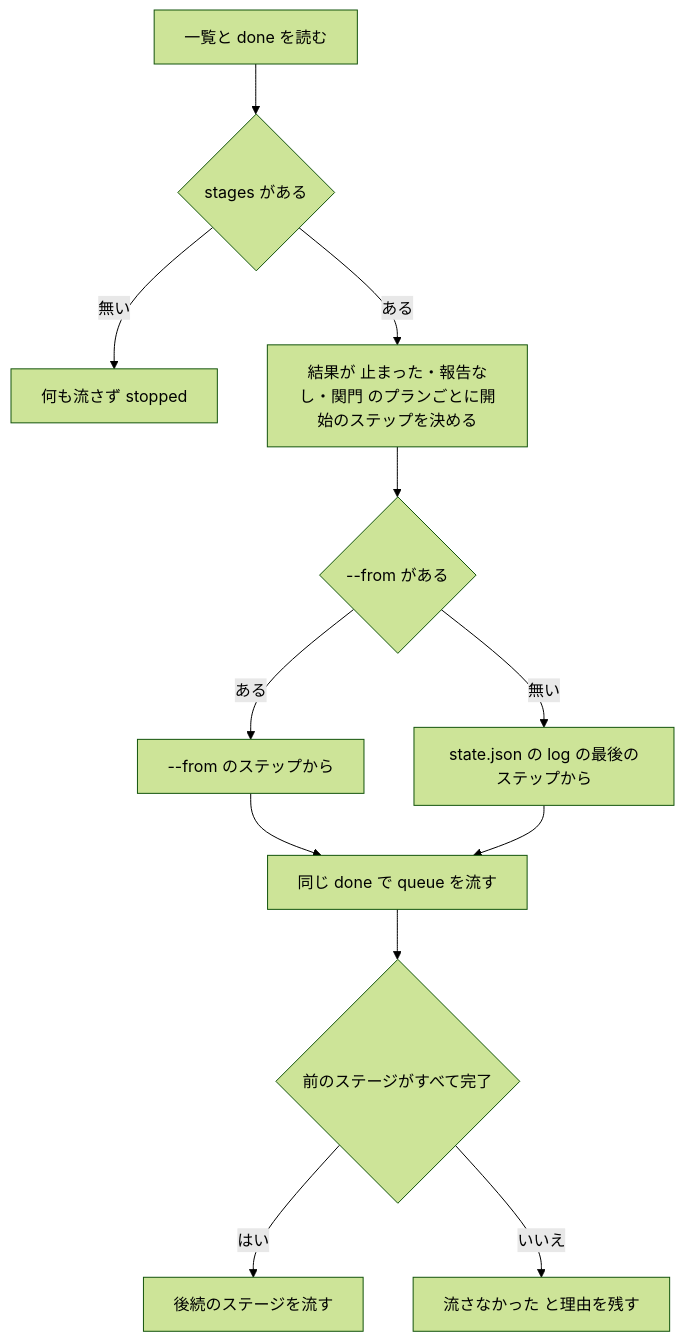
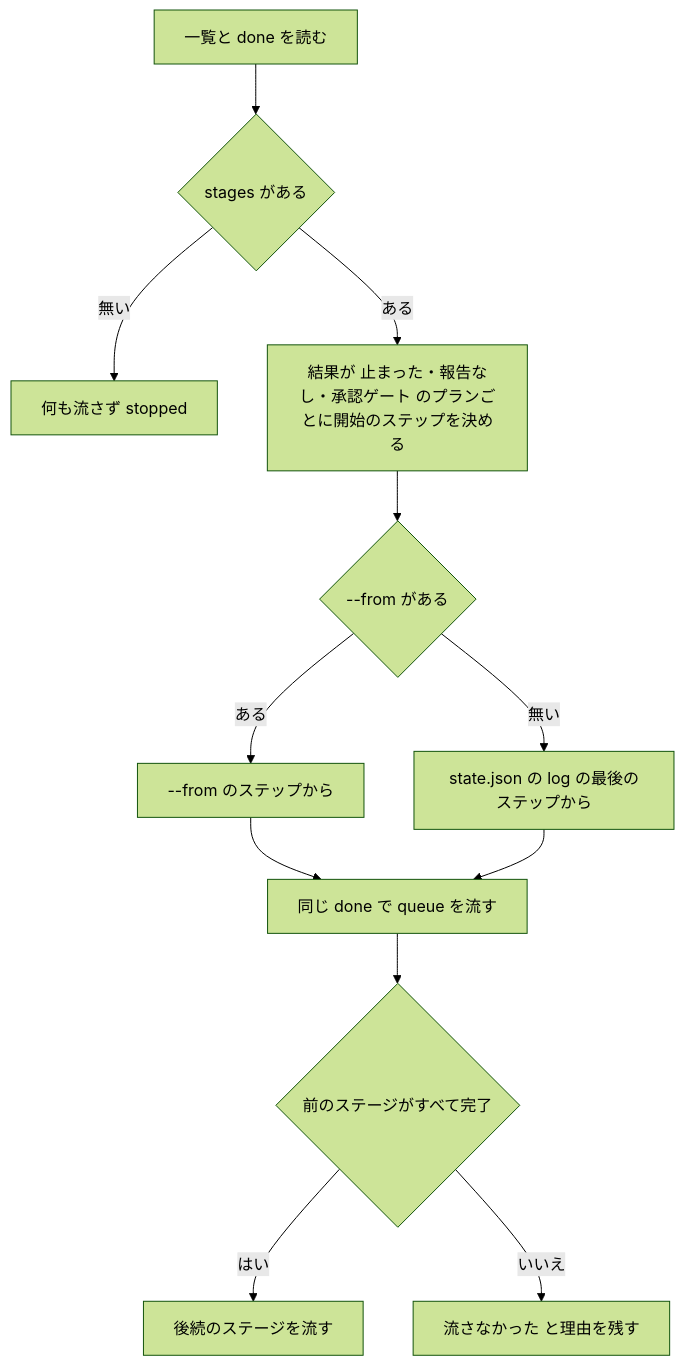
Before and after one commit to devbasex/ai-plugins: the second of 2 diagrams in docs/specifications/ndf-supervise-queue-resume-and-gate-evidence.md, drawn with Mermaid (forest theme). The commit also changed other lines of this file and 96 other files, not shown here.

````diff
--- a/docs/specifications/ndf-supervise-queue-resume-and-gate-evidence.md
+++ b/docs/specifications/ndf-supervise-queue-resume-and-gate-evidence.md
@@ -148,14 +148,14 @@
 ```mermaid
 graph TD
     A[一覧と done を読む] --> B{"stages がある"}
     B -- 無い --> X[何も流さず stopped]
-    B -- ある --> C[結果が 止まった・報告なし・関門 のプランごとに開始のステップを決める]
+    B -- ある --> C[結果が 止まった・報告なし・承認ゲート のプランごとに開始のステップを決める]
     C --> D{"--from がある"}
     D -- ある --> E["--from のステップから"]
     D -- 無い --> F[state.json の log の最後のステップから]
     E --> G[同じ done で queue を流す]
     F --> G
     G --> H{前のステージがすべて完了}
     H -- はい --> I[後続のステージを流す]
     H -- いいえ --> J[流さなかった と理由を残す]
 ```
````
